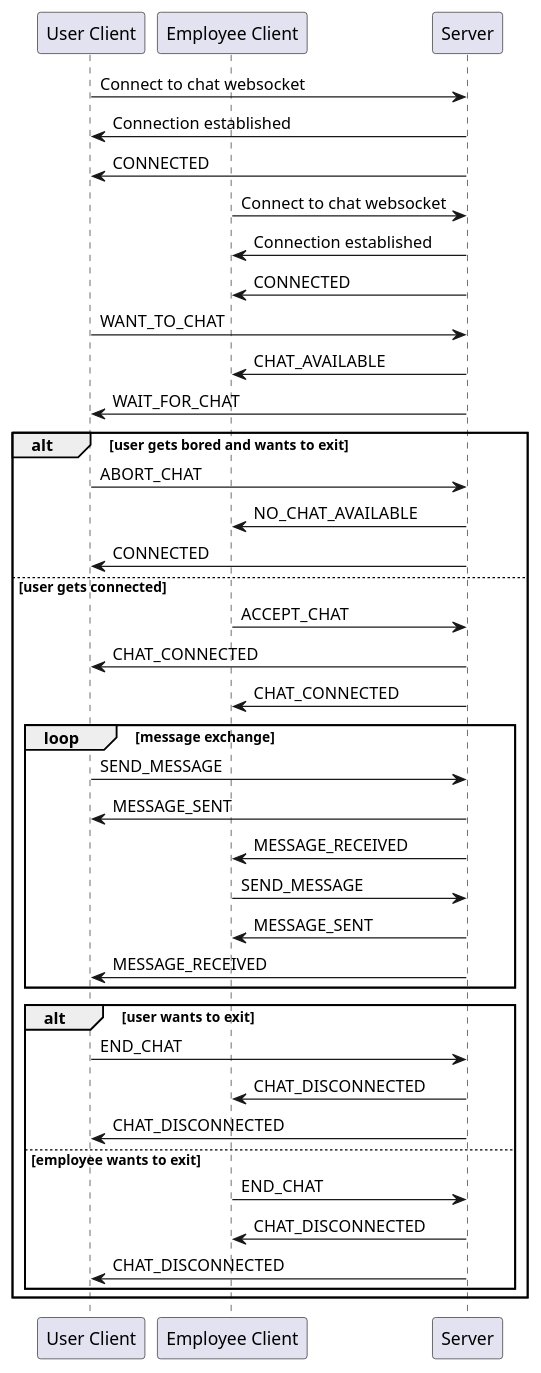
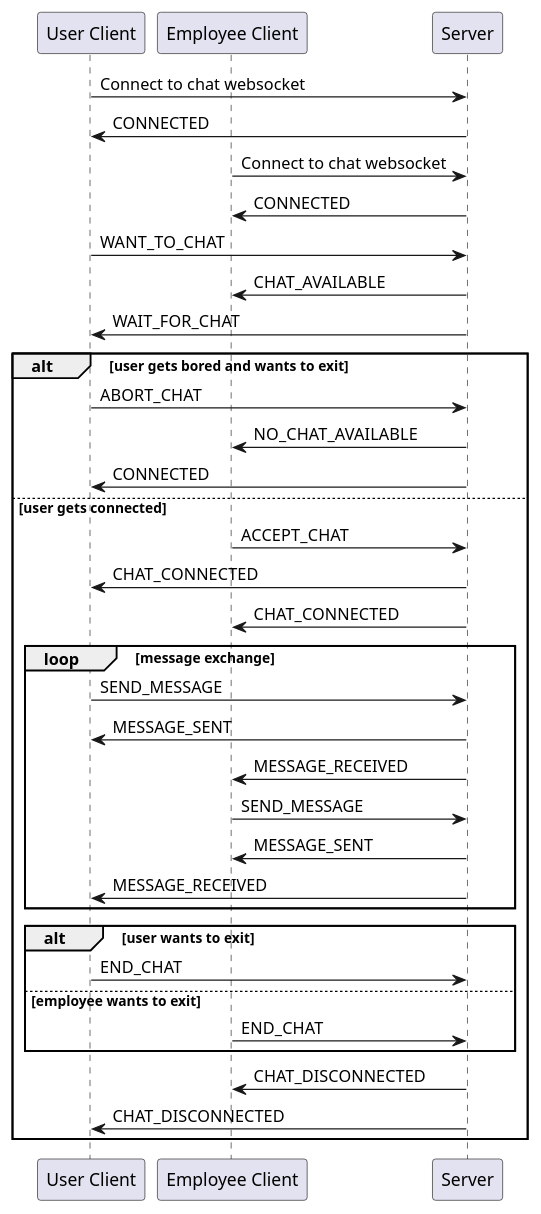
Before and after one commit to SoManyBisela/java-webserver: the diagram in docs/diagrams/sampleapp/chat-sequence.puml, drawn with PlantUML. The commit also changed 2 other files, not shown here.

```diff
--- a/docs/diagrams/sampleapp/chat-sequence.puml
+++ b/docs/diagrams/sampleapp/chat-sequence.puml
@@ -1,43 +1,39 @@
 @startuml chat-sequence
 
 participant "User Client" as U
 participant "Employee Client" as E
 participant "Server" as S
 
 U -> S: Connect to chat websocket
-S -> U: Connection established
 S -> U: CONNECTED
 E -> S: Connect to chat websocket
-S -> E: Connection established
 S -> E: CONNECTED
 U -> S: WANT_TO_CHAT
 S -> E: CHAT_AVAILABLE
 S -> U: WAIT_FOR_CHAT
 alt user gets bored and wants to exit
     U -> S: ABORT_CHAT
     S -> E: NO_CHAT_AVAILABLE
     S -> U: CONNECTED
 else user gets connected
     E -> S: ACCEPT_CHAT
     S -> U: CHAT_CONNECTED
     S -> E: CHAT_CONNECTED
     loop message exchange
         U -> S: SEND_MESSAGE
         S -> U: MESSAGE_SENT
         S -> E: MESSAGE_RECEIVED
         E -> S: SEND_MESSAGE
         S -> E: MESSAGE_SENT
         S -> U: MESSAGE_RECEIVED
     end
     alt user wants to exit
         U -> S: END_CHAT
-        S -> E: CHAT_DISCONNECTED
-        S -> U: CHAT_DISCONNECTED
     else employee wants to exit
         E -> S: END_CHAT
-        S -> E: CHAT_DISCONNECTED
-        S -> U: CHAT_DISCONNECTED
     end
+    S -> E: CHAT_DISCONNECTED
+    S -> U: CHAT_DISCONNECTED
 end
 
 @enduml
```
